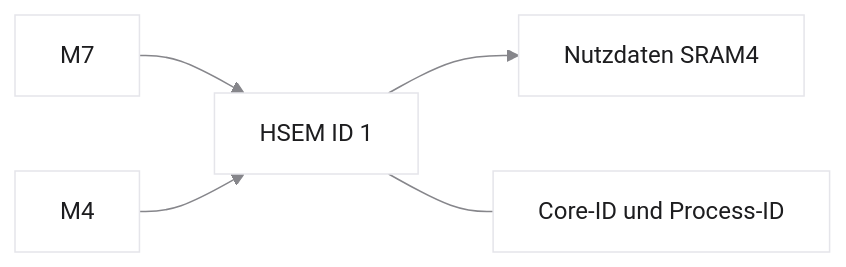
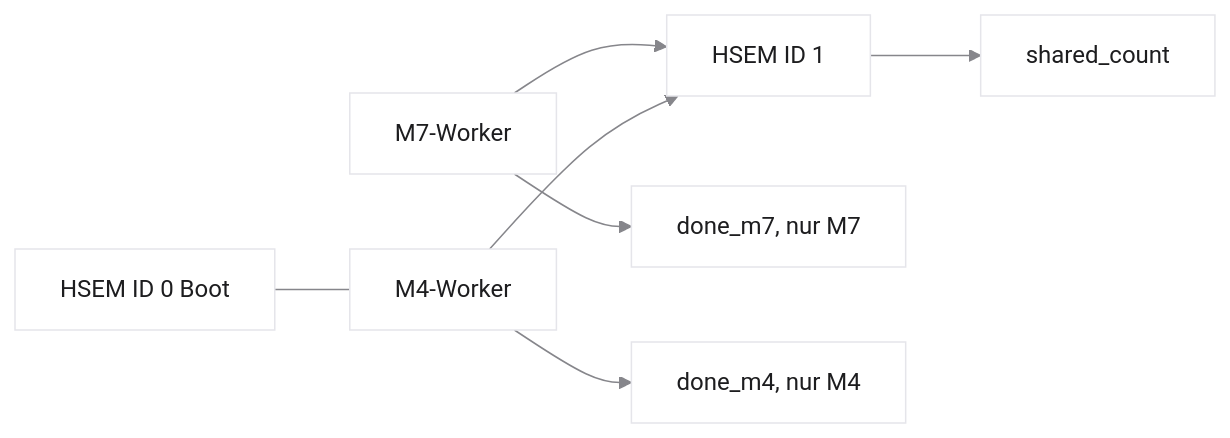
Diagram 13 of 13 in vorlesungen/08_multicore-synchronisation-safety.qmd (dantschi/echtzeitsysteme), drawn with Mermaid before and after one commit. The commit also changed other lines of this file, not shown here.

````diff
--- a/vorlesungen/08_multicore-synchronisation-safety.qmd
+++ b/vorlesungen/08_multicore-synchronisation-safety.qmd
@@ -123,9 +1120,11 @@
 ```{mermaid}
-%%| fig-width: 6.2
+%%| fig-width: 8.4
 %%{init: {'theme': 'base', 'themeVariables': {'background': '#FFFFFF', 'primaryColor': '#FFFFFF', 'primaryBorderColor': '#E5E5EA', 'primaryTextColor': '#1D1D1F', 'lineColor': '#86868B'}}}%%
 flowchart LR
-  M7[M7] --> H[HSEM ID 1]
-  M4[M4] --> H
-  H --> D[Nutzdaten SRAM4]
-  H --- P[Core-ID und Process-ID]
+  M7["M7-Worker"] --> H["HSEM ID 1"]
+  M4["M4-Worker"] --> H
+  H --> C["shared_count"]
+  M7 --> D7["done_m7, nur M7"]
+  M4 --> D4["done_m4, nur M4"]
+  B["HSEM ID 0 Boot"] --- M4
 ```
````
